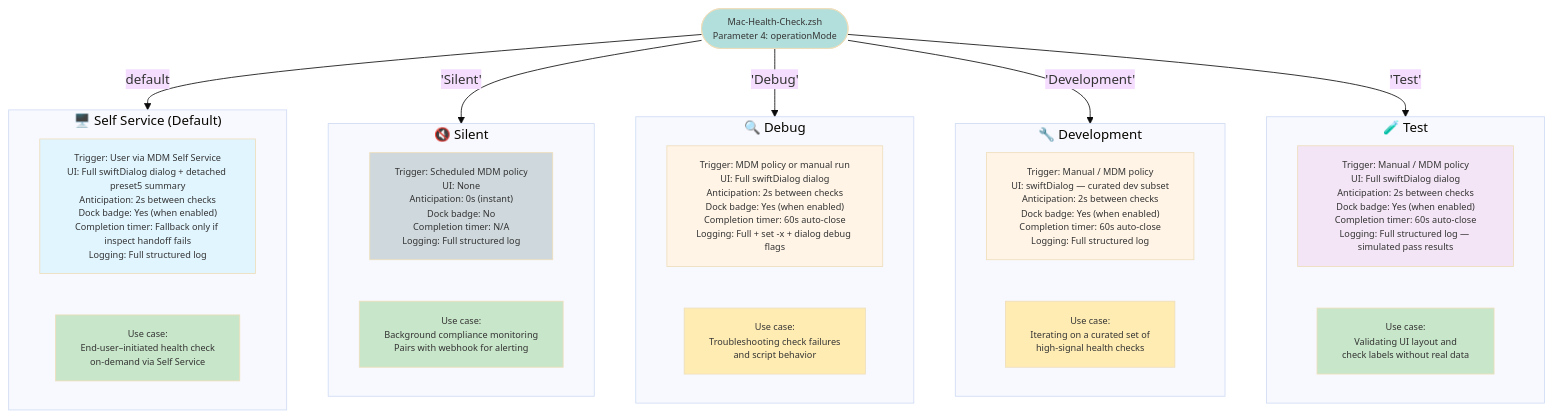
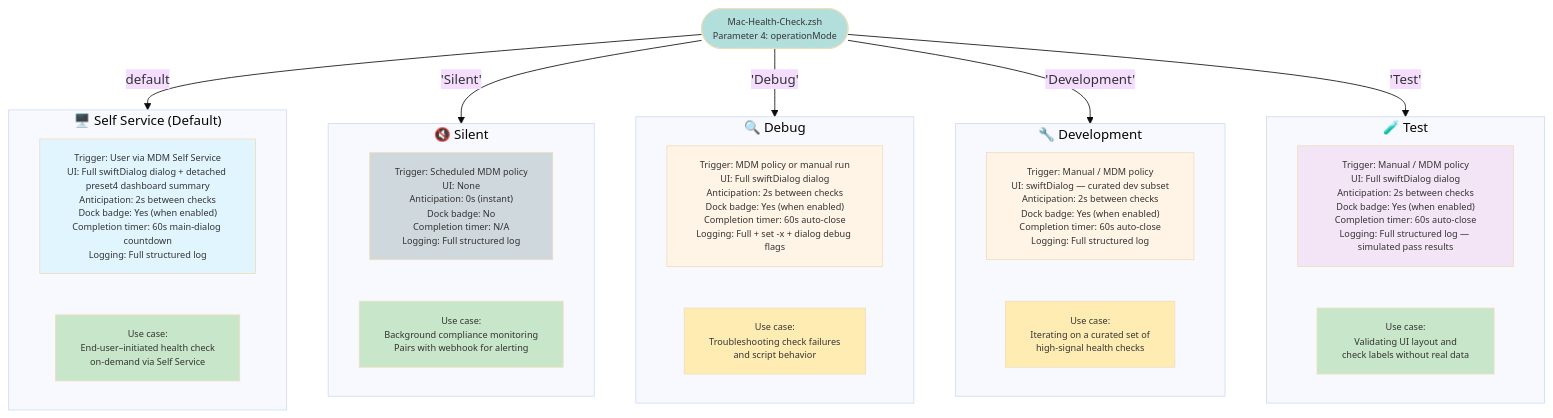
One commit to HowardGMac/Mac-Health-Check changed the diagram in Diagrams/05-operation-modes.md. Above: the diagram before and after it, drawn with Mermaid (base theme). The commit also changed other lines of this file and 7 other files, not shown here.

````diff
--- a/Diagrams/05-operation-modes.md
+++ b/Diagrams/05-operation-modes.md
@@ -5,54 +5,54 @@
 ```mermaid
 graph TB
     ENTRY(["Mac-Health-Check.zsh<br>Parameter 4: operationMode"])
 
     subgraph SelfService["🖥️ Self Service (Default)"]
-        SS_DESC["Trigger: User via MDM Self Service<br>UI: Full swiftDialog dialog + detached preset5 summary<br>Anticipation: 2s between checks<br>Dock badge: Yes (when enabled)<br>Completion timer: Fallback only if inspect handoff fails<br>Logging: Full structured log"]
+        SS_DESC["Trigger: User via MDM Self Service<br>UI: Full swiftDialog dialog + detached preset4 dashboard summary<br>Anticipation: 2s between checks<br>Dock badge: Yes (when enabled)<br>Completion timer: 60s main-dialog countdown<br>Logging: Full structured log"]
         SS_USE["Use case:<br>End-user–initiated health check<br>on-demand via Self Service"]
 
         style SS_DESC fill:#e1f5ff
         style SS_USE fill:#c8e6c9
     end
 
     subgraph Silent["🔇 Silent"]
         SL_DESC["Trigger: Scheduled MDM policy<br>UI: None<br>Anticipation: 0s (instant)<br>Dock badge: No<br>Completion timer: N/A<br>Logging: Full structured log"]
         SL_USE["Use case:<br>Background compliance monitoring<br>Pairs with webhook for alerting"]
 
         style SL_DESC fill:#cfd8dc
         style SL_USE fill:#c8e6c9
     end
 
     subgraph Debug["🔍 Debug"]
         DB_DESC["Trigger: MDM policy or manual run<br>UI: Full swiftDialog dialog<br>Anticipation: 2s between checks<br>Dock badge: Yes (when enabled)<br>Completion timer: 60s auto-close<br>Logging: Full + set -x + dialog debug flags"]
         DB_USE["Use case:<br>Troubleshooting check failures<br>and script behavior"]
 
         style DB_DESC fill:#fff4e6
         style DB_USE fill:#ffecb3
     end
 
     subgraph Development["🔧 Development"]
         DV_DESC["Trigger: Manual / MDM policy<br>UI: swiftDialog — curated dev subset<br>Anticipation: 2s between checks<br>Dock badge: Yes (when enabled)<br>Completion timer: 60s auto-close<br>Logging: Full structured log"]
         DV_USE["Use case:<br>Iterating on a curated set of<br>high-signal health checks"]
 
         style DV_DESC fill:#fff4e6
         style DV_USE fill:#ffecb3
     end
 
     subgraph Test["🧪 Test"]
         TS_DESC["Trigger: Manual / MDM policy<br>UI: Full swiftDialog dialog<br>Anticipation: 2s between checks<br>Dock badge: Yes (when enabled)<br>Completion timer: 60s auto-close<br>Logging: Full structured log — simulated pass results"]
         TS_USE["Use case:<br>Validating UI layout and<br>check labels without real data"]
 
         style TS_DESC fill:#f3e5f5
         style TS_USE fill:#c8e6c9
     end
 
     ENTRY -->|default| SelfService
     ENTRY -->|"'Silent'"| Silent
     ENTRY -->|"'Debug'"| Debug
     ENTRY -->|"'Development'"| Development
     ENTRY -->|"'Test'"| Test
 
     style ENTRY fill:#b2dfdb
 
     classDef default font-size:11px
 ```
````
